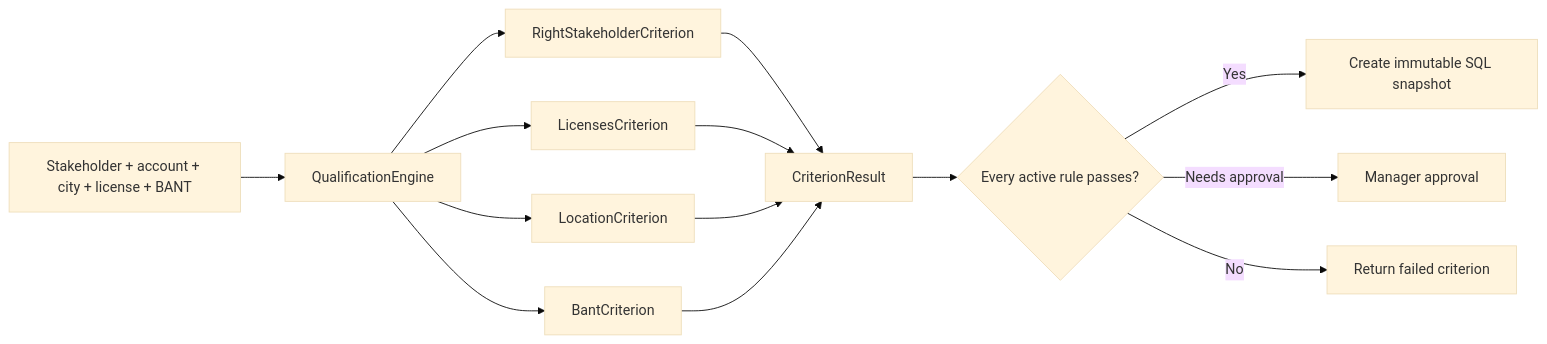
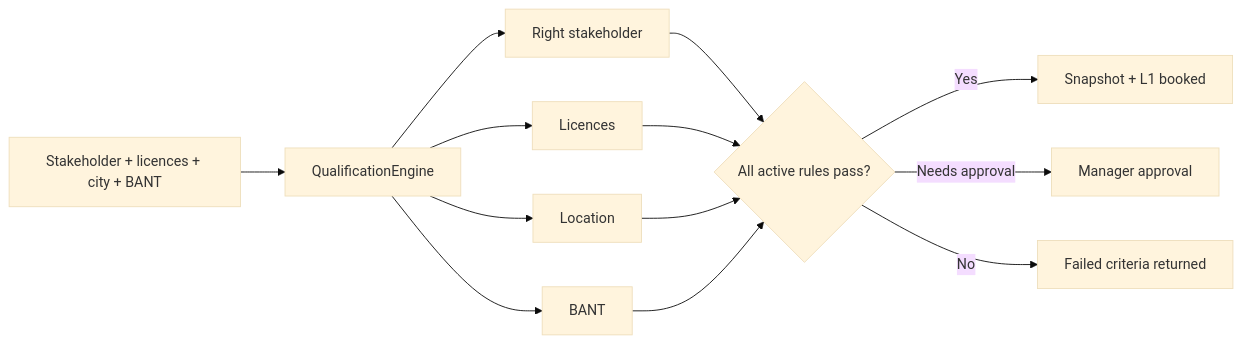
The sixth of 7 diagrams in README.md (Isodynamicakash/Crm_Prosperr_backend), drawn with Mermaid (base theme) before and after one commit. The commit also changed other lines of this file, not shown here.

````diff
--- a/README.md
+++ b/README.md
@@ -487,16 +275,12 @@
 ```mermaid
 flowchart LR
-  Inputs[Stakeholder + account + city + license + BANT] --> Engine[QualificationEngine]
-  Engine --> Stakeholder[RightStakeholderCriterion]
-  Engine --> License[LicensesCriterion]
-  Engine --> Location[LocationCriterion]
-  Engine --> BANT[BantCriterion]
-  Stakeholder --> Result[CriterionResult]
-  License --> Result
-  Location --> Result
-  BANT --> Result
-  Result --> Submit{Every active rule passes?}
-  Submit -->|Yes| SQL[Create immutable SQL snapshot]
-  Submit -->|Needs approval| Review[Manager approval]
-  Submit -->|No| Reject[Return failed criterion]
+  In[Stakeholder + licences + city + BANT] --> Engine[QualificationEngine]
+  Engine --> C1[Right stakeholder]
+  Engine --> C2[Licences]
+  Engine --> C3[Location]
+  Engine --> C4[BANT]
+  C1 & C2 & C3 & C4 --> R{All active rules pass?}
+  R -->|Yes| Snap[Snapshot + L1 booked]
+  R -->|Needs approval| Mgr[Manager approval]
+  R -->|No| Fail[Failed criteria returned]
 ```
````
